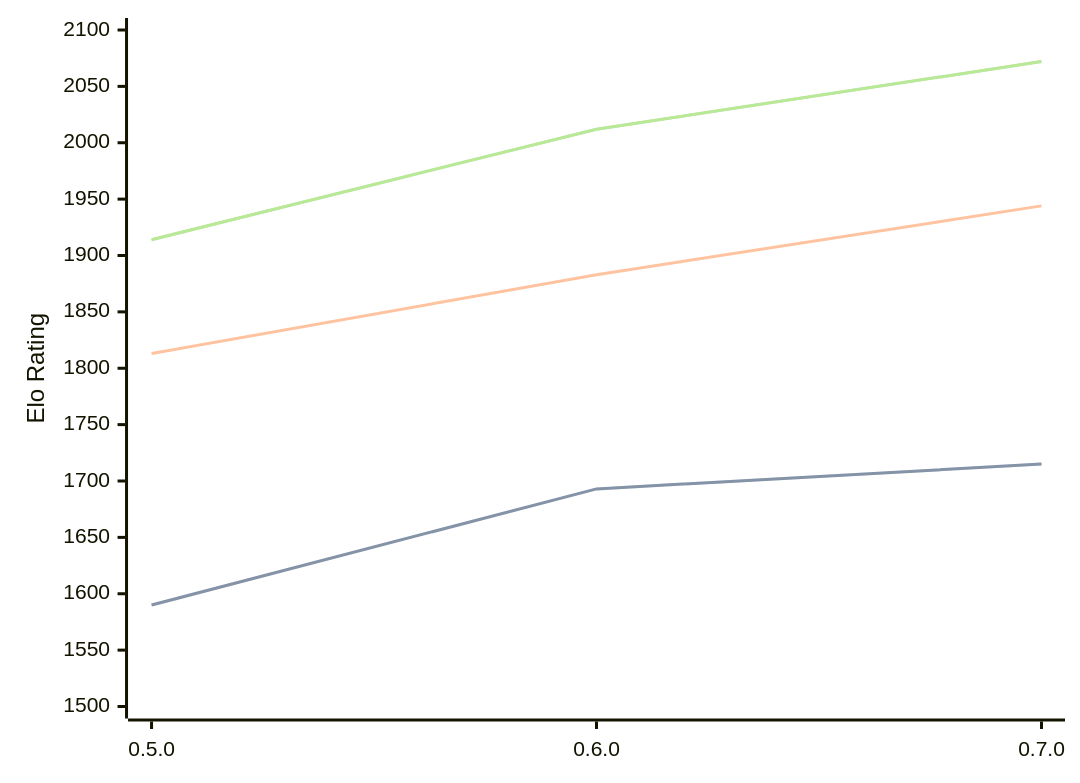
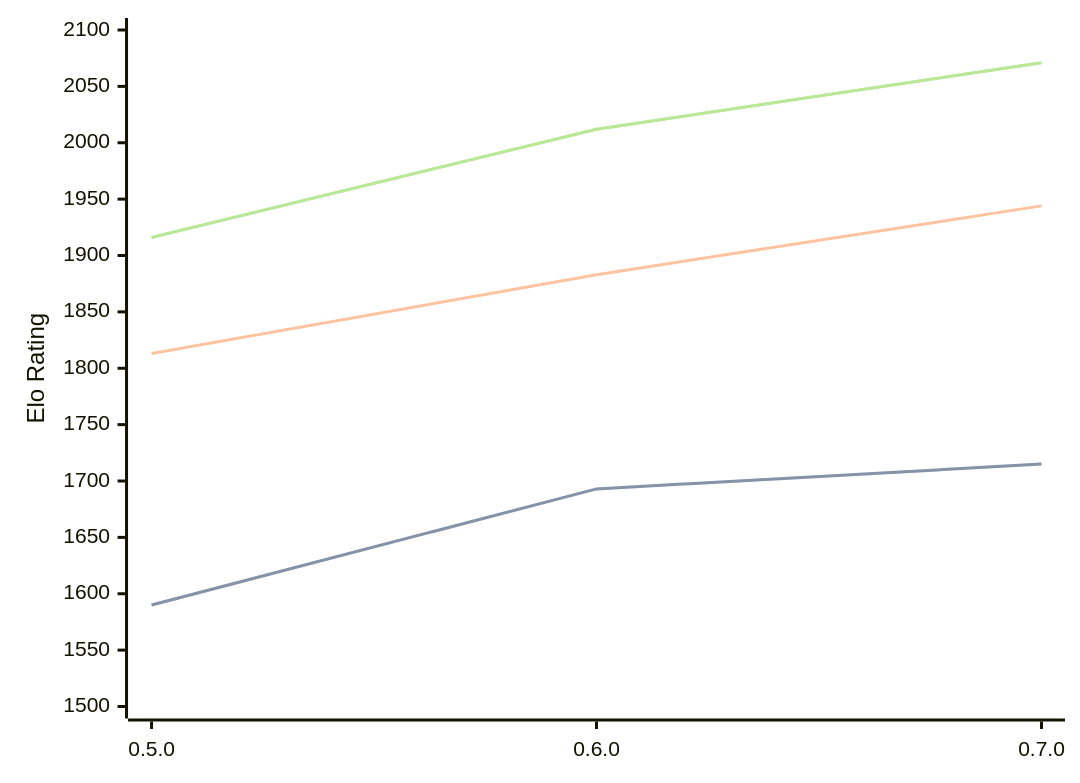
The diagram in engines/Chess-rs.md (computer-chess-index/cci), drawn with Mermaid before and after one commit. The commit also changed other lines of this file, not shown here.

Commit message:
Update CCI Ratings (ELO VLTC) - 2026-04-29

````diff
--- a/engines/Chess-rs.md
+++ b/engines/Chess-rs.md
@@ -41,11 +41,11 @@
 ```mermaid
 %%{init: {"theme":"base","themeVariables":{"seriesColors:['#a3a3a3','#222221','#faa371']}}}%%
 xychart-beta
   x-axis ["0.5.0", "0.6.0", "0.7.0"]
   y-axis "Elo Rating" 1500 --> 2100
   line "STC (8.0+0.08s)" [1590, 1693, 1715]
   line "STC (8.0+0.08s)" [1590, 1693, 1715]
   line "LTC (60.0+0.60s)" [1813, 1883, 1944]
-  line "VLTC (2m24s+1.12s)" [1914, 2012, 2072]
-  line "VLTC (2m24s+1.12s)" [1914, 2012, 2072]
+  line "VLTC (2m24s+1.12s)" [1916, 2012, 2071]
+  line "VLTC (2m24s+1.12s)" [1916, 2012, 2071]
 ```
````
